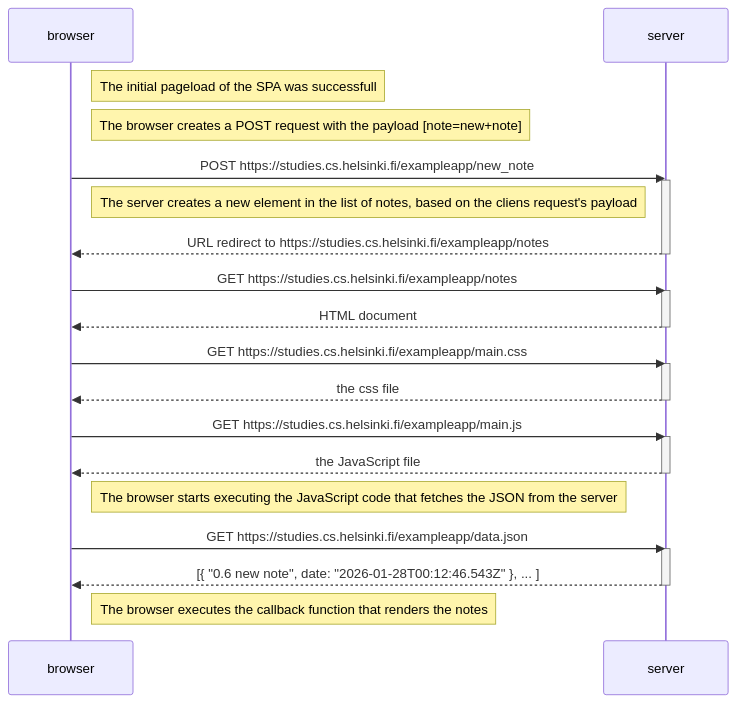
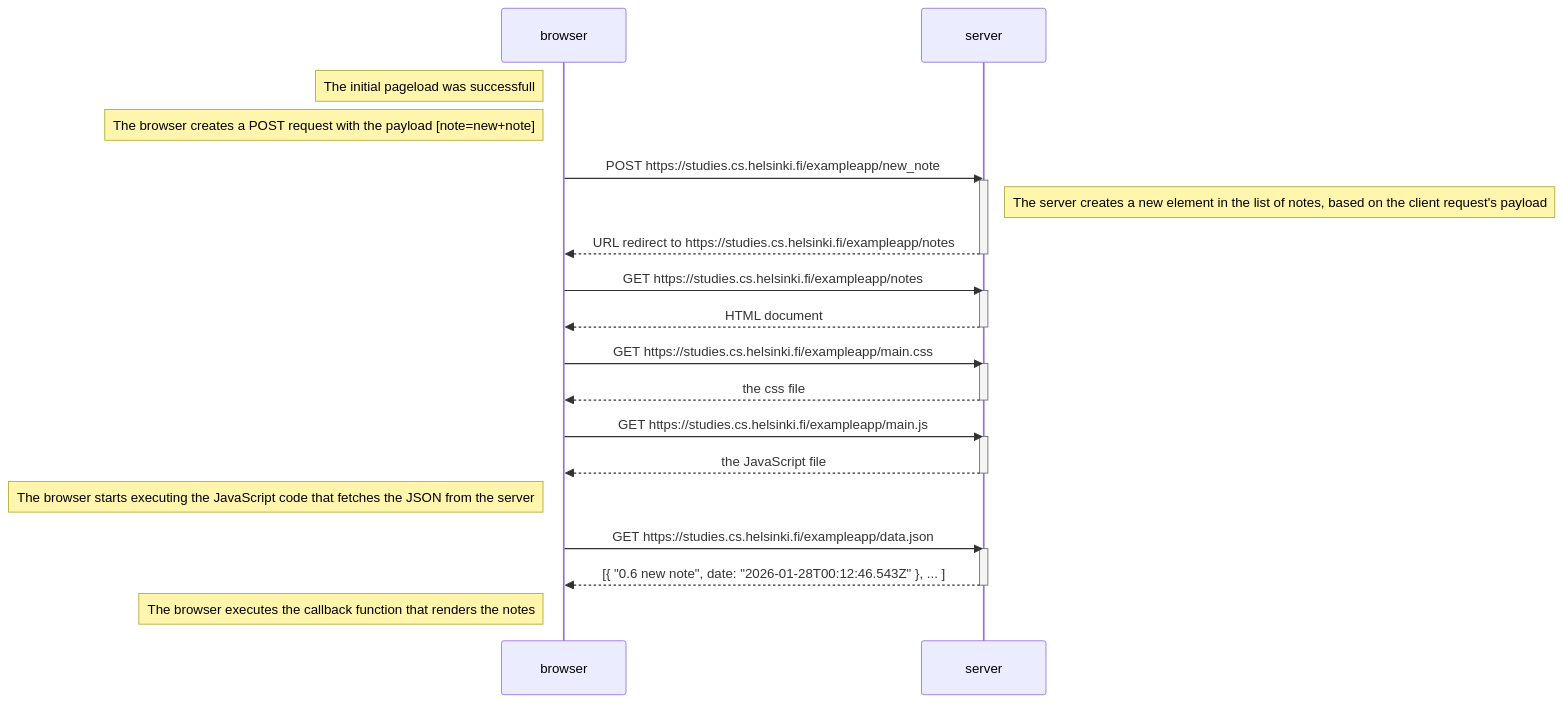
The diagram in part0/ex04-new-note-diagram.md (jakobsitory/full-stack-open), drawn with Mermaid before and after one commit. The commit also changed 2 other files, not shown here.

Commit message:
some visual cleanup to make diagrams easier to read

````diff
--- a/part0/ex04-new-note-diagram.md
+++ b/part0/ex04-new-note-diagram.md
@@ -2,38 +2,38 @@
 ```mermaid
 sequenceDiagram
     participant browser
     participant server
 
-	Note right of browser: The initial pageload of the SPA was successfull
-    Note right of browser: The browser creates a POST request with the payload [note=new+note]
+	Note left of browser: The initial pageload was successfull
+    Note left of browser: The browser creates a POST request with the payload [note=new+note]
 
 	browser->>server: POST https://studies.cs.helsinki.fi/exampleapp/new_note
 	activate server
-    Note left of server: The server creates a new element in the list of notes, based on the cliens request's payload
+    Note right of server: The server creates a new element in the list of notes, based on the client request's payload
 	server-->>browser: URL redirect to https://studies.cs.helsinki.fi/exampleapp/notes
 	deactivate server
 
     browser->>server: GET https://studies.cs.helsinki.fi/exampleapp/notes
     activate server
     server-->>browser: HTML document
     deactivate server
 
     browser->>server: GET https://studies.cs.helsinki.fi/exampleapp/main.css
     activate server
     server-->>browser: the css file
     deactivate server
 
     browser->>server: GET https://studies.cs.helsinki.fi/exampleapp/main.js
     activate server
     server-->>browser: the JavaScript file
     deactivate server
 
-    Note right of browser: The browser starts executing the JavaScript code that fetches the JSON from the server
+    Note left of browser: The browser starts executing the JavaScript code that fetches the JSON from the server
 
     browser->>server: GET https://studies.cs.helsinki.fi/exampleapp/data.json
     activate server
     server-->>browser: [{ "0.6 new note", date: "2026-01-28T00:12:46.543Z" }, ... ]
     deactivate server
 
-    Note right of browser: The browser executes the callback function that renders the notes
+    Note left of browser: The browser executes the callback function that renders the notes
 ```
````
